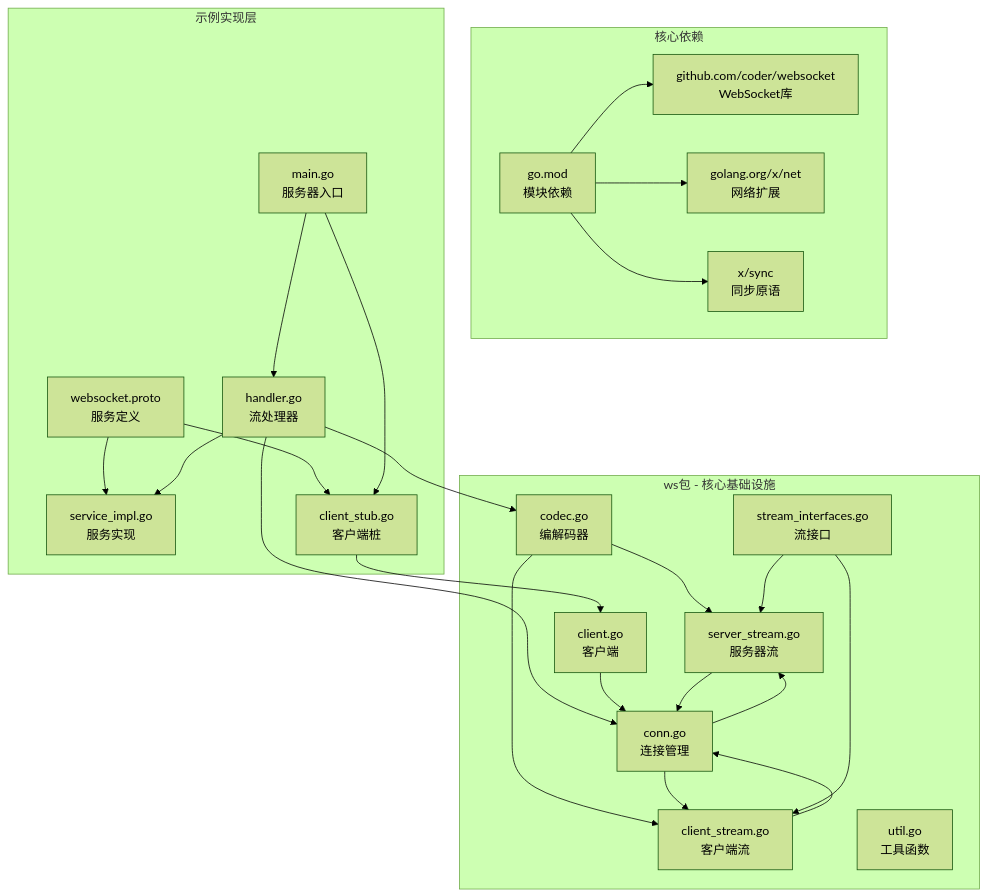
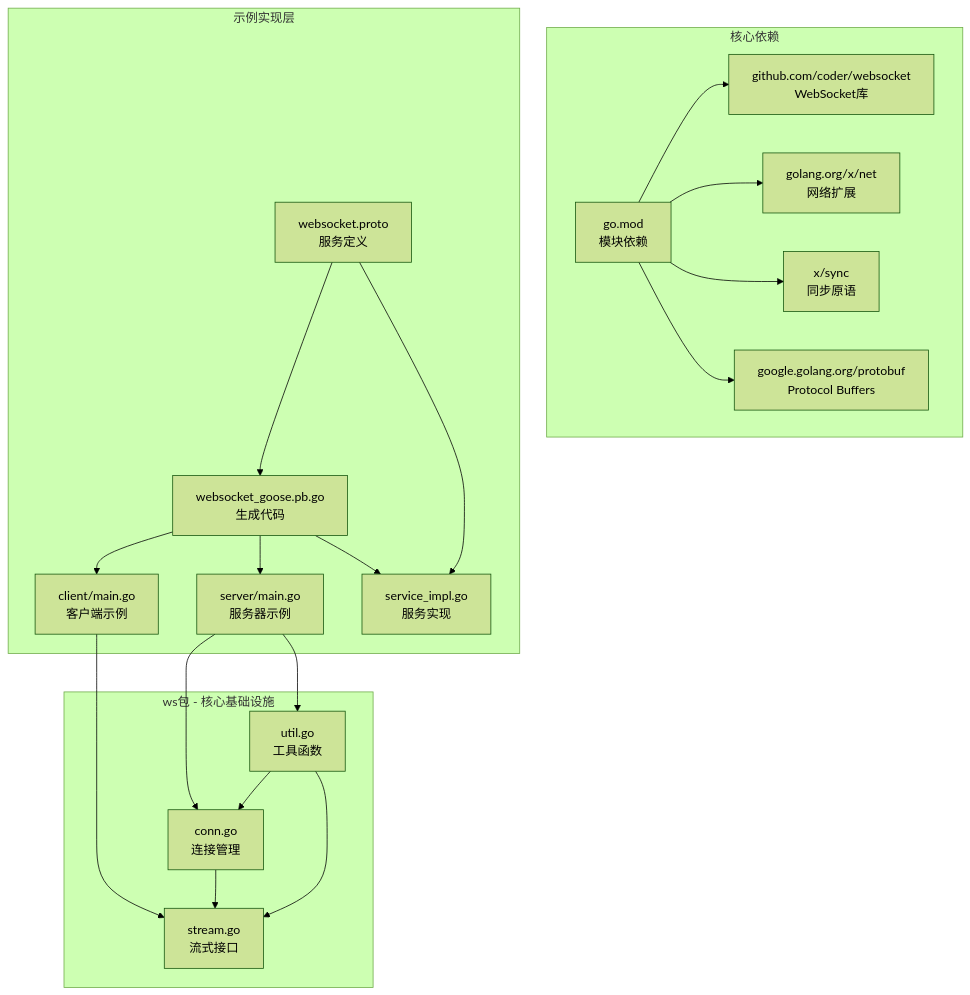
Diagram 15 of 15 in .agents/repowiki/zh/content/示例和最佳实践/WebSocket流式系统.md (soyacen/goose), drawn with Mermaid (forest theme) before and after one commit. The commit also changed other lines of this file and 4 other files, not shown here.

````diff
--- a/.agents/repowiki/zh/content/示例和最佳实践/WebSocket流式系统.md
+++ b/.agents/repowiki/zh/content/示例和最佳实践/WebSocket流式系统.md
@@ -583,45 +529,37 @@
 ```mermaid
 graph TB
 subgraph "核心依赖"
 GoMod[go.mod<br/>模块依赖]
 WS[github.com/coder/websocket<br/>WebSocket库]
 NetHTTP[golang.org/x/net<br/>网络扩展]
 Sync[x/sync<br/>同步原语]
+Protobuf[google.golang.org/protobuf<br/>Protocol Buffers]
 end
 subgraph "ws包 - 核心基础设施"
-Codec[codec.go<br/>编解码器]
 Conn[conn.go<br/>连接管理]
-ClientStream[client_stream.go<br/>客户端流]
-ServerStream[server_stream.go<br/>服务器流]
-Interfaces[stream_interfaces.go<br/>流接口]
-Client[client.go<br/>客户端]
+Stream[stream.go<br/>流式接口]
 Util[util.go<br/>工具函数]
 end
 subgraph "示例实现层"
 Proto[websocket.proto<br/>服务定义]
 ServiceImpl[service_impl.go<br/>服务实现]
-Handler[handler.go<br/>流处理器]
-ClientStub[client_stub.go<br/>客户端桩]
-Main[main.go<br/>服务器入口]
+ClientMain[client/main.go<br/>客户端示例]
+ServerMain[server/main.go<br/>服务器示例]
+Generated[websocket_goose.pb.go<br/>生成代码]
 end
 GoMod --> WS
 GoMod --> NetHTTP
 GoMod --> Sync
-Codec --> ServerStream
-Codec --> ClientStream
-Conn --> ServerStream
-Conn --> ClientStream
-Interfaces --> ServerStream
-Interfaces --> ClientStream
-Proto --> ClientStub
+GoMod --> Protobuf
+Conn --> Stream
+Util --> Conn
+Util --> Stream
+Proto --> Generated
 Proto --> ServiceImpl
-Handler --> ServiceImpl
-Handler --> Codec
-Handler --> Conn
-ClientStub --> Client
-Client --> Conn
-ServerStream --> Conn
-ClientStream --> Conn
-Main --> Handler
-Main --> ClientStub
+Generated --> ClientMain
+Generated --> ServerMain
+Generated --> ServiceImpl
+ClientMain --> Stream
+ServerMain --> Conn
+ServerMain --> Util
 ```
````
